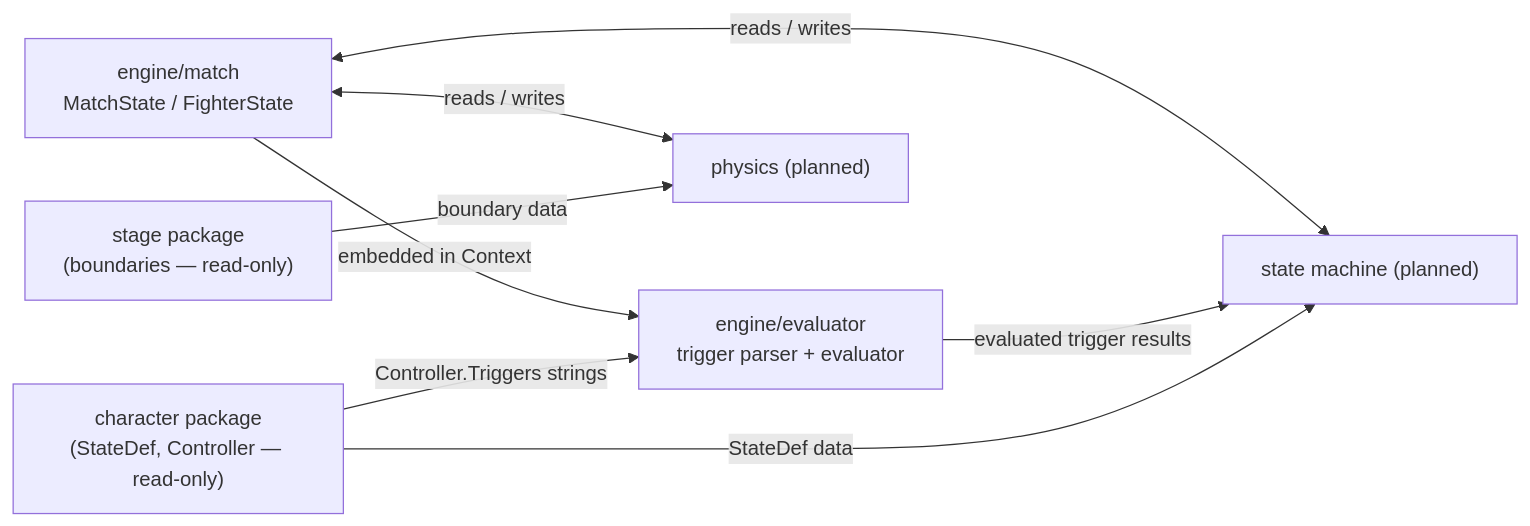
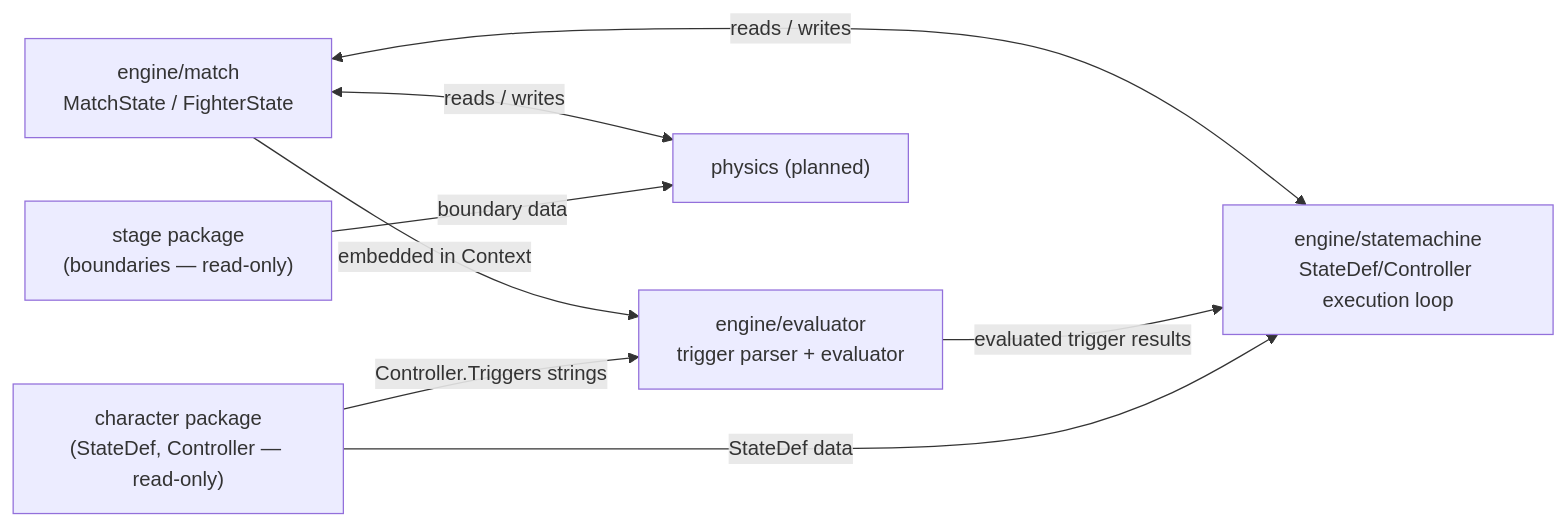
The second of 2 diagrams in docs/architecture.md (openkakutou/engine), drawn with Mermaid before and after one commit. The commit also changed other lines of this file and 13 other files, not shown here.

````diff
--- a/docs/architecture.md
+++ b/docs/architecture.md
@@ -43,17 +55,17 @@
 ```mermaid
 flowchart LR
     character["character package<br/>(StateDef, Controller — read-only)"]
     stage["stage package<br/>(boundaries — read-only)"]
     matchpkg["engine/match<br/>MatchState / FighterState"]
     evaluatorpkg["engine/evaluator<br/>trigger parser + evaluator"]
-    statemachine["state machine (planned)"]
+    statemachinepkg["engine/statemachine<br/>StateDef/Controller execution loop"]
     physics["physics (planned)"]
 
     character -->|Controller.Triggers strings| evaluatorpkg
-    character -->|StateDef data| statemachine
+    character -->|StateDef data| statemachinepkg
     stage -->|boundary data| physics
     matchpkg -->|embedded in Context| evaluatorpkg
-    evaluatorpkg -->|evaluated trigger results| statemachine
-    matchpkg <-->|reads / writes| statemachine
+    evaluatorpkg -->|evaluated trigger results| statemachinepkg
+    matchpkg <-->|reads / writes| statemachinepkg
     matchpkg <-->|reads / writes| physics
 ```
````
